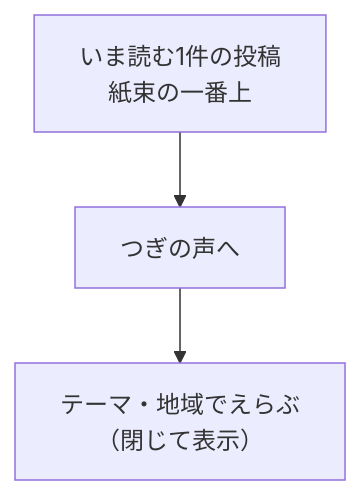
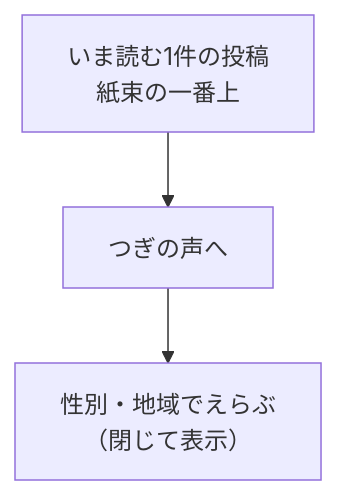
One commit to Digix00/58-Hackathon-202609 changed the diagram in docs/requirements/screens/feed.md. Above: the diagram before and after it, drawn with Mermaid. The commit also changed other lines of this file and 14 other files, not shown here.

````diff
--- a/docs/requirements/screens/feed.md
+++ b/docs/requirements/screens/feed.md
@@ -9,8 +9,8 @@
 ```mermaid
 flowchart TB
   Card["いま読む1件の投稿<br/>紙束の一番上"]
   Next["つぎの声へ"]
-  Filters["テーマ・地域でえらぶ<br/>（閉じて表示）"]
+  Filters["性別・地域でえらぶ<br/>（閉じて表示）"]
 
   Card --> Next --> Filters
 ```
````
